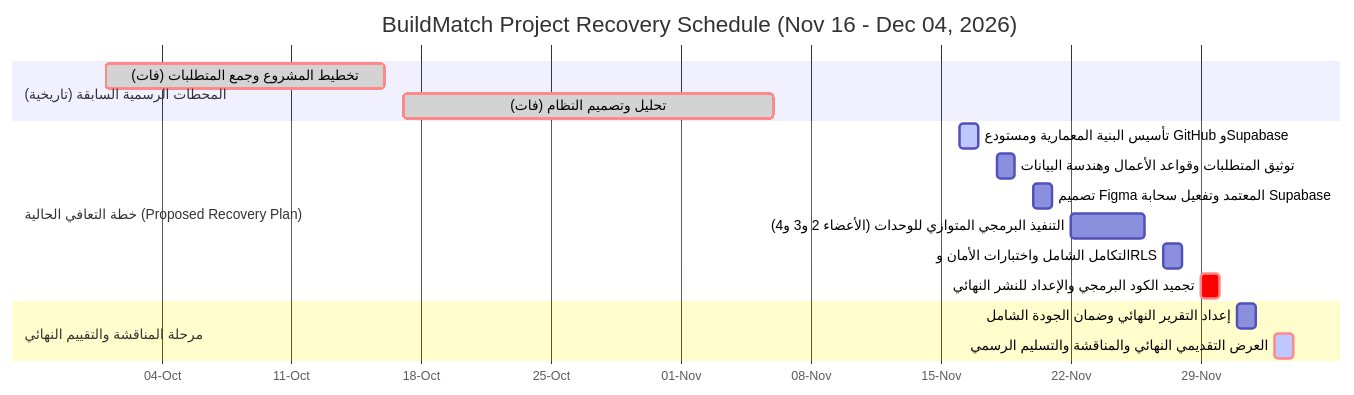
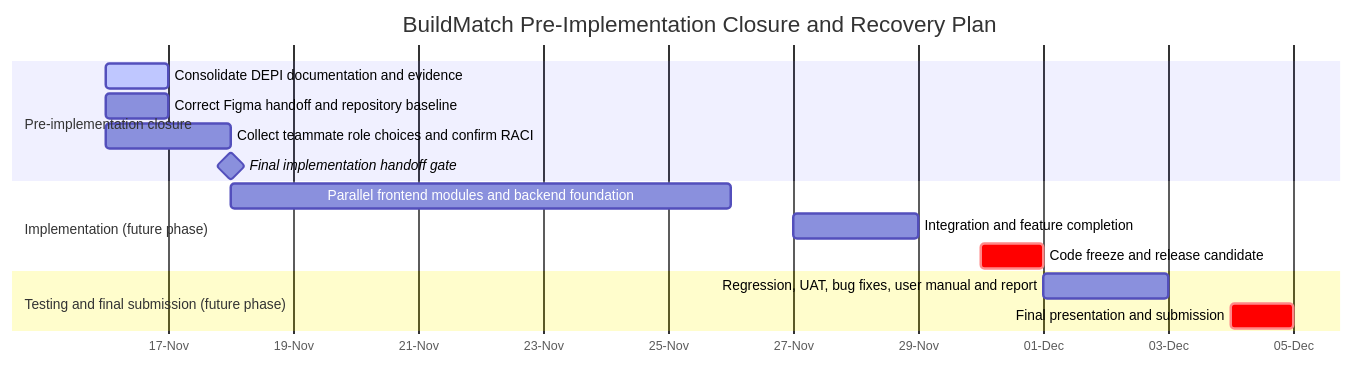
Before and after one commit to Mahmoud-ELsayed520/BuildMatch: the diagram in docs/01-project-management/gantt-chart-recovery-schedule.md, drawn with Mermaid. The commit also changed other lines of this file and 13 other files, not shown here.

Commit message:
docs: add DEPI pre-implementation readiness pack

````diff
--- a/docs/01-project-management/gantt-chart-recovery-schedule.md
+++ b/docs/01-project-management/gantt-chart-recovery-schedule.md
@@ -17,22 +19,21 @@
 ```mermaid
 gantt
-    title BuildMatch Project Recovery Schedule (Nov 16 - Dec 04, 2026)
-    dateFormat  YYYY-MM-DD
-    axisFormat  %d-%b
+    title BuildMatch Pre-Implementation Closure and Recovery Plan
+    dateFormat YYYY-MM-DD
+    axisFormat %d-%b
 
-    section المحطات الرسمية السابقة (تاريخية)
-    تخطيط المشروع وجمع المتطلبات (فات)  :crit, done, m1, 2026-10-01, 2026-10-16
-    تحليل وتصميم النظام (فات)           :crit, done, m2, 2026-10-17, 2026-11-06
+    section Pre-implementation closure
+    Consolidate DEPI documentation and evidence :active, p1, 2026-11-16, 2026-11-17
+    Correct Figma handoff and repository baseline :p2, 2026-11-16, 2026-11-17
+    Collect teammate role choices and confirm RACI :p3, 2026-11-16, 2026-11-18
+    Final implementation handoff gate :milestone, p4, 2026-11-18, 0d
 
-    section خطة التعافي الحالية (Proposed Recovery Plan)
-    تأسيس البنية المعمارية ومستودع GitHub وSupabase :active, rec1, 2026-11-16, 2026-11-17
-    توثيق المتطلبات وقواعد الأعمال وهندسة البيانات   :rec2, 2026-11-18, 2026-11-19
-    تصميم Figma المعتمد وتفعيل سحابة Supabase        :rec3, 2026-11-20, 2026-11-21
-    التنفيذ البرمجي المتوازي للوحدات (الأعضاء 2 و3 و4) :rec4, 2026-11-22, 2026-11-26
-    التكامل الشامل واختبارات الأمان وRLS             :rec5, 2026-11-27, 2026-11-28
-    تجميد الكود البرمجي والإعداد للنشر النهائي       :crit, rec6, 2026-11-29, 2026-11-30
+    section Implementation (future phase)
+    Parallel frontend modules and backend foundation :p5, 2026-11-18, 2026-11-26
+    Integration and feature completion :p6, 2026-11-27, 2026-11-29
+    Code freeze and release candidate :crit, p7, 2026-11-30, 1d
 
-    section مرحلة المناقشة والتقييم النهائي
-    إعداد التقرير النهائي وضمان الجودة الشامل       :rec7, 2026-12-01, 2026-12-02
-    العرض التقديمي النهائي والمناقشة والتسليم الرسمي :crit, active, rec8, 2026-12-03, 2026-12-04
+    section Testing and final submission (future phase)
+    Regression, UAT, bug fixes, user manual and report :p8, 2026-12-01, 2026-12-03
+    Final presentation and submission :crit, p9, 2026-12-04, 1d
 ```
````
